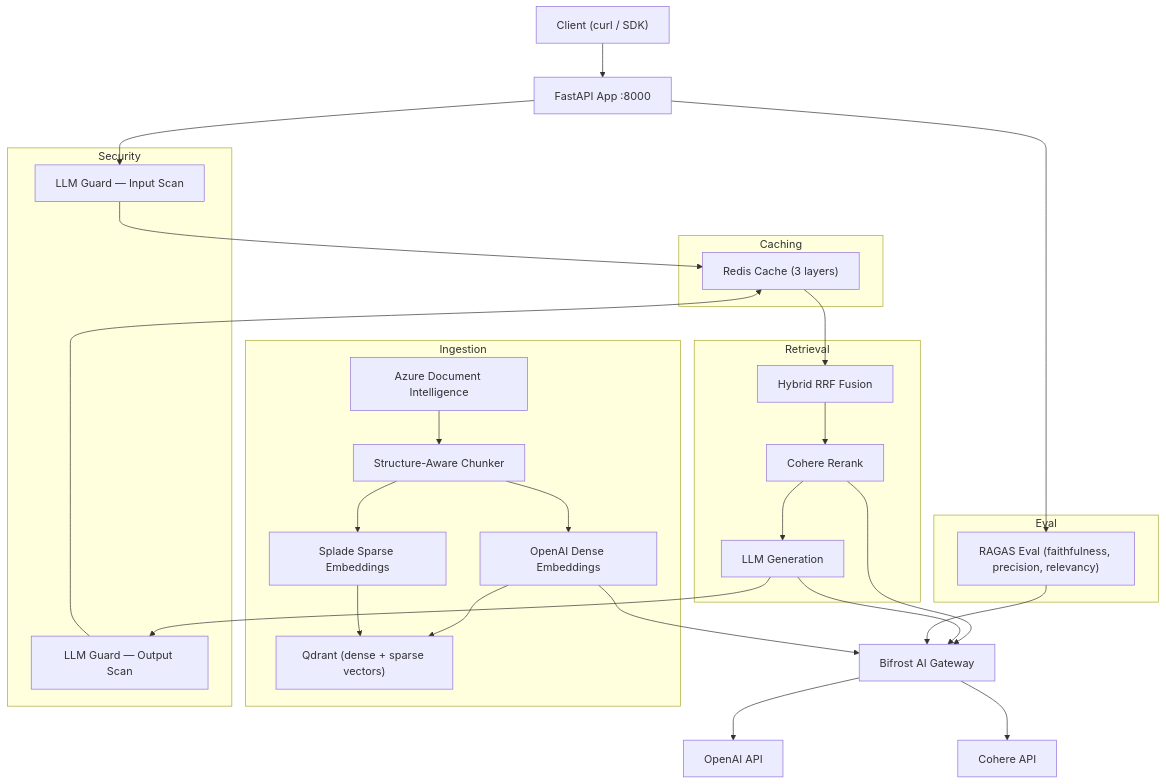
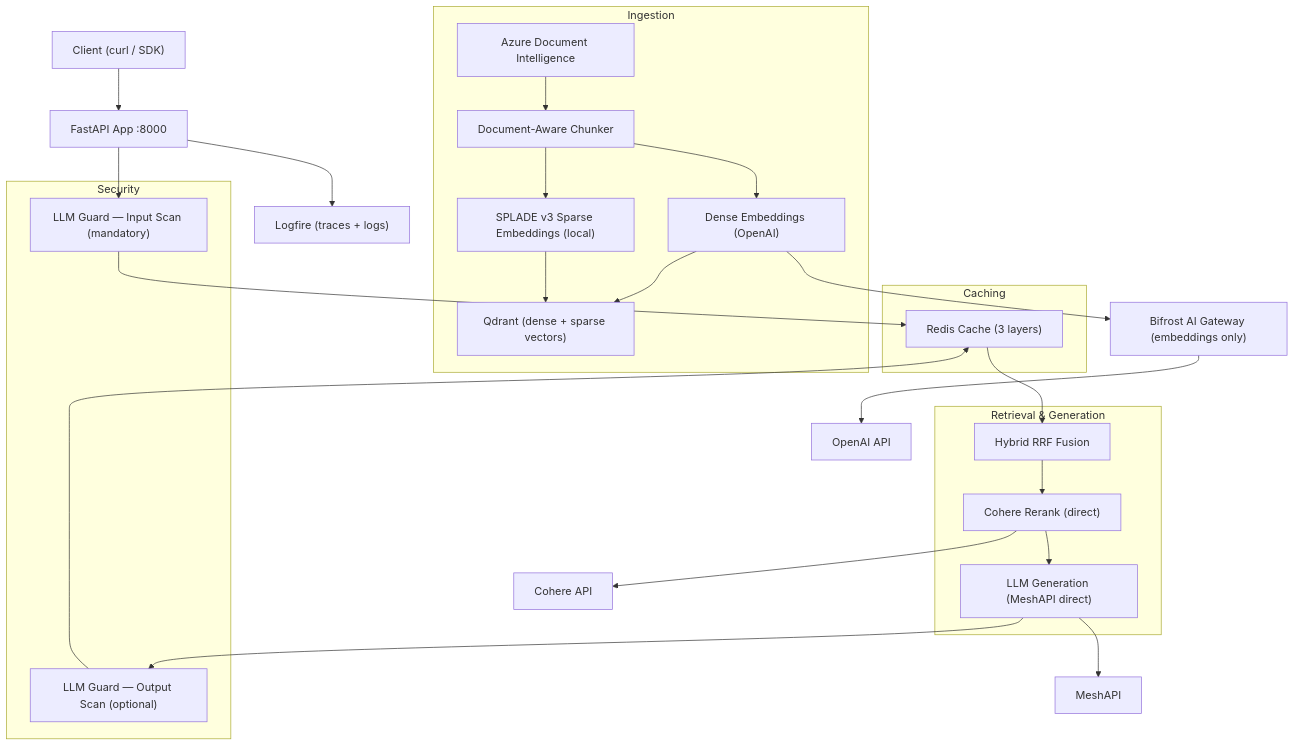
The diagram in README.md (Murtuzasaifee/RAG-Hackathon), drawn with Mermaid before and after one commit. The commit also changed other lines of this file and 3 other files, not shown here.

````diff
--- a/README.md
+++ b/README.md
@@ -9,50 +9,47 @@
 ```mermaid
 graph TB
     Client["Client (curl / SDK)"]
     App["FastAPI App :8000"]
+    Logfire["Logfire (traces + logs)"]
 
     subgraph Ingestion
         ADI["Azure Document Intelligence"]
-        Chunker["Structure-Aware Chunker"]
-        DenseEmb["OpenAI Dense Embeddings"]
-        SparseEmb["Splade Sparse Embeddings"]
+        Chunker["Document-Aware Chunker"]
+        DenseEmb["Dense Embeddings (OpenAI)"]
+        SparseEmb["SPLADE v3 Sparse Embeddings (local)"]
         Qdrant["Qdrant (dense + sparse vectors)"]
     end
 
-    subgraph Retrieval
+    subgraph Retrieval & Generation
         Hybrid["Hybrid RRF Fusion"]
-        Reranker["Cohere Rerank"]
-        Generator["LLM Generation"]
+        Reranker["Cohere Rerank (direct)"]
+        Generator["LLM Generation (MeshAPI direct)"]
     end
 
     subgraph Security
-        GuardIn["LLM Guard — Input Scan"]
-        GuardOut["LLM Guard — Output Scan"]
+        GuardIn["LLM Guard — Input Scan (mandatory)"]
+        GuardOut["LLM Guard — Output Scan (optional)"]
     end
 
     subgraph Caching
         Redis["Redis Cache (3 layers)"]
     end
 
-    subgraph Eval
-        RAGAS["RAGAS Eval (faithfulness, precision, relevancy)"]
-    end
-
-    Bifrost["Bifrost AI Gateway"]
+    Bifrost["Bifrost AI Gateway (embeddings only)"]
+    OpenAI["OpenAI API"]
+    MeshAPI["MeshAPI"]
+    Cohere["Cohere API"]
 
     Client --> App
     App --> GuardIn
     GuardIn --> Redis
     Redis --> Hybrid
     ADI --> Chunker --> DenseEmb --> Qdrant
     Chunker --> SparseEmb --> Qdrant
     Hybrid --> Reranker --> Generator --> GuardOut
     GuardOut --> Redis
-    App --> RAGAS
-    DenseEmb --> Bifrost
-    Reranker --> Bifrost
-    Generator --> Bifrost
-    RAGAS --> Bifrost
-    Bifrost --> OpenAI["OpenAI API"]
-    Bifrost --> Cohere["Cohere API"]
+    DenseEmb --> Bifrost --> OpenAI
+    Reranker --> Cohere
+    Generator --> MeshAPI
+    App --> Logfire
 ```
````
